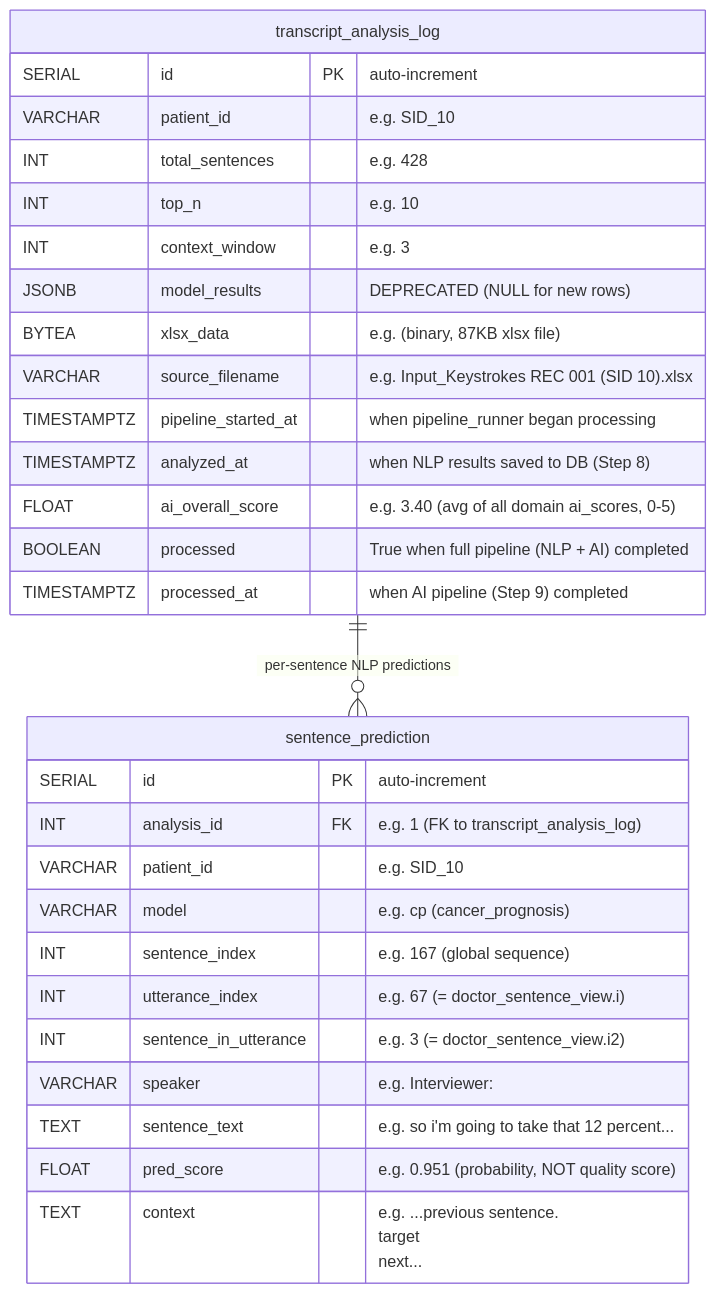
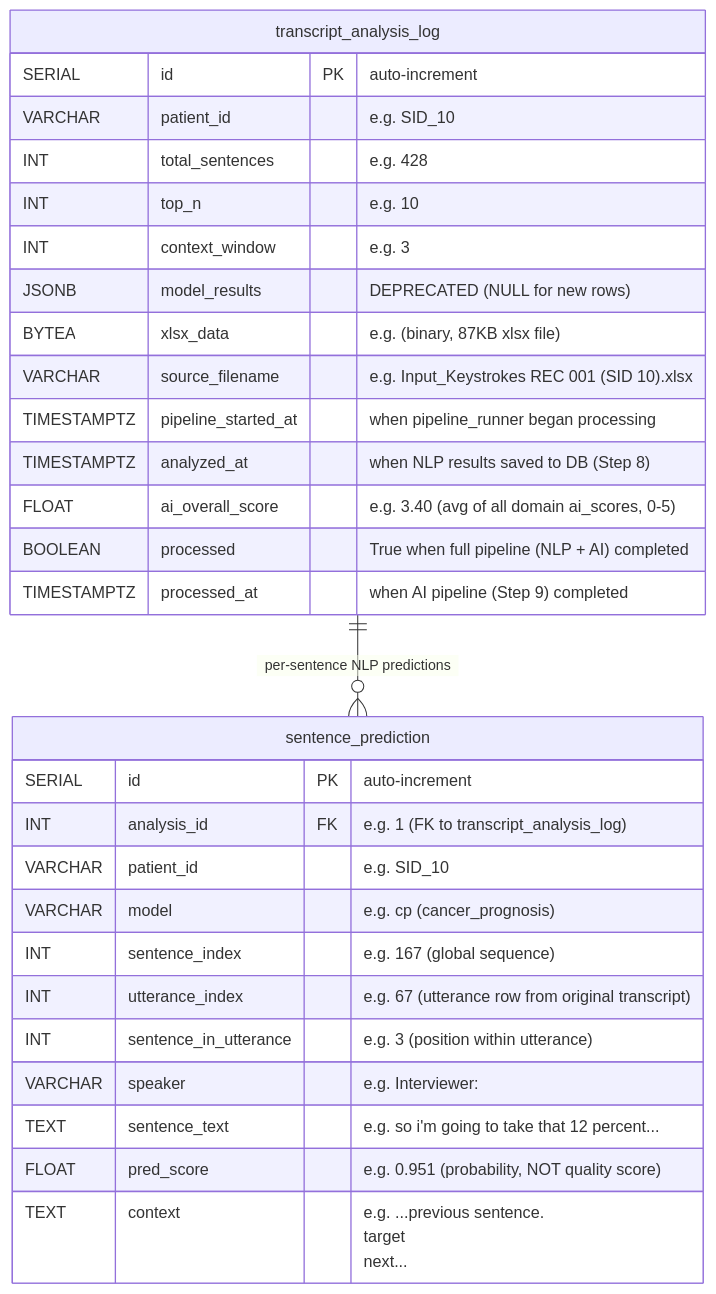
One commit to HyunjunA/Prostate_cancer_consultation changed the third of 6 diagrams in app/Backend/patient_doctor_interface_erd_v3_en.md. Above: the diagram before and after it, drawn with Mermaid. The commit also changed other lines of this file and 18 other files, not shown here.

````diff
--- a/app/Backend/patient_doctor_interface_erd_v3_en.md
+++ b/app/Backend/patient_doctor_interface_erd_v3_en.md
@@ -78,34 +65,34 @@
 ```mermaid
 erDiagram
     transcript_analysis_log {
         SERIAL id PK "auto-increment"
         VARCHAR patient_id "e.g. SID_10"
         INT total_sentences "e.g. 428"
         INT top_n "e.g. 10"
         INT context_window "e.g. 3"
         JSONB model_results "DEPRECATED (NULL for new rows)"
         BYTEA xlsx_data "e.g. (binary, 87KB xlsx file)"
         VARCHAR source_filename "e.g. Input_Keystrokes REC 001 (SID 10).xlsx"
         TIMESTAMPTZ pipeline_started_at "when pipeline_runner began processing"
         TIMESTAMPTZ analyzed_at "when NLP results saved to DB (Step 8)"
         FLOAT ai_overall_score "e.g. 3.40 (avg of all domain ai_scores, 0-5)"
         BOOLEAN processed "True when full pipeline (NLP + AI) completed"
         TIMESTAMPTZ processed_at "when AI pipeline (Step 9) completed"
     }
 
     sentence_prediction {
         SERIAL id PK "auto-increment"
         INT analysis_id FK "e.g. 1 (FK to transcript_analysis_log)"
         VARCHAR patient_id "e.g. SID_10"
         VARCHAR model "e.g. cp (cancer_prognosis)"
         INT sentence_index "e.g. 167 (global sequence)"
-        INT utterance_index "e.g. 67 (= doctor_sentence_view.i)"
-        INT sentence_in_utterance "e.g. 3 (= doctor_sentence_view.i2)"
+        INT utterance_index "e.g. 67 (utterance row from original transcript)"
+        INT sentence_in_utterance "e.g. 3 (position within utterance)"
         VARCHAR speaker "e.g. Interviewer:"
         TEXT sentence_text "e.g. so i'm going to take that 12 percent..."
         FLOAT pred_score "e.g. 0.951 (probability, NOT quality score)"
         TEXT context "e.g. ...previous sentence. <main>target</main> next..."
     }
 
     transcript_analysis_log ||--o{ sentence_prediction : "per-sentence NLP predictions"
 ```
````
